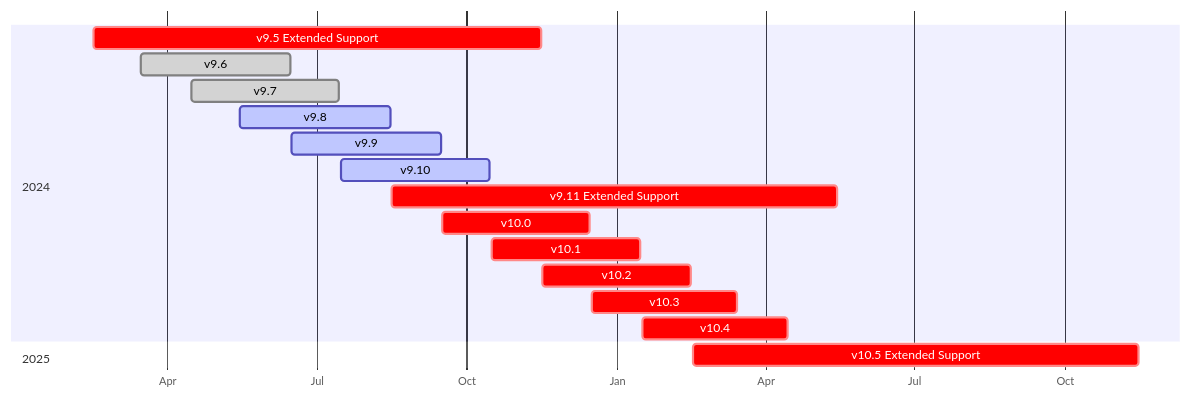
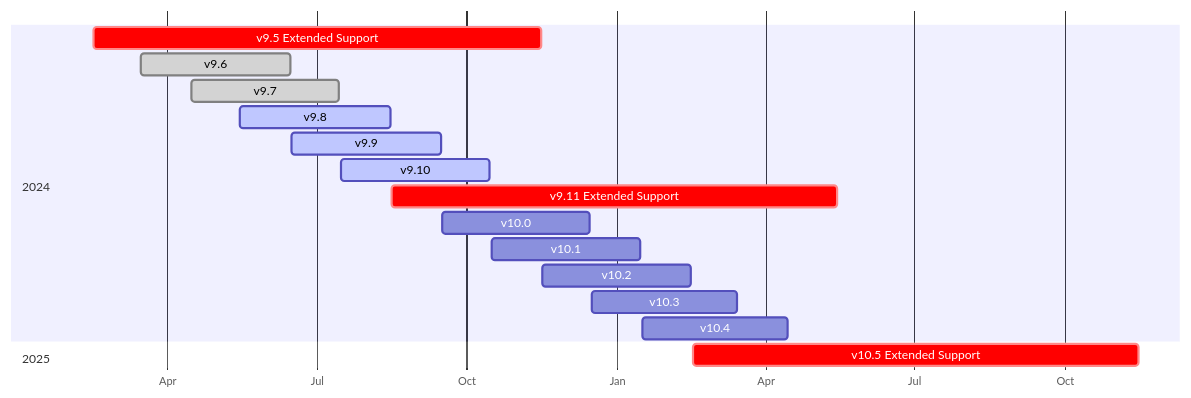
The diagram in source/about/release-policy.md (mattermost/docs), drawn with Mermaid before and after one commit.

Commit message:
Correctly set upcoming release type

````diff
--- a/source/about/release-policy.md
+++ b/source/about/release-policy.md
@@ -48,23 +48,23 @@
 ```{mermaid}
 
 gantt
     dateFormat  YYYY-MM-DD
     axisFormat  %b
     
     section 2024
     v9.5 Extended Support  :crit,    2024-02-16, 2024-11-15
     v9.6                   :done,  2024-03-16, 2024-06-15
     v9.7                   :done,  2024-04-16, 2024-07-15
     v9.8                   :active,  2024-05-15, 2024-08-15
     v9.9                   :active,  2024-06-16, 2024-09-15
     v9.10                  :active,  2024-07-16, 2024-10-15
     v9.11 Extended Support :crit,    2024-08-16, 2025-05-15
-    v10.0                  :crit,    2024-09-16, 2024-12-15
-    v10.1                  :crit,    2024-10-16, 2025-01-15
-    v10.2                  :crit,    2024-11-16, 2025-02-15
-    v10.3                  :crit,    2024-12-16, 2025-03-15
-    v10.4                  :crit,    2025-01-16, 2025-04-15
+    v10.0                  :upcoming,    2024-09-16, 2024-12-15
+    v10.1                  :upcoming,    2024-10-16, 2025-01-15
+    v10.2                  :upcoming,    2024-11-16, 2025-02-15
+    v10.3                  :upcoming,    2024-12-16, 2025-03-15
+    v10.4                  :upcoming,    2025-01-16, 2025-04-15
 
     section 2025
     v10.5 Extended Support :crit,    2025-02-16, 2025-11-15
 ```
````
